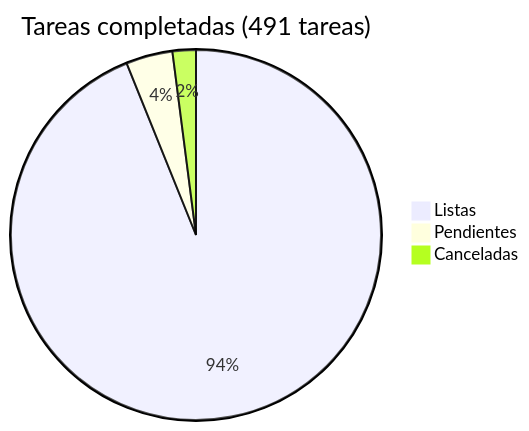
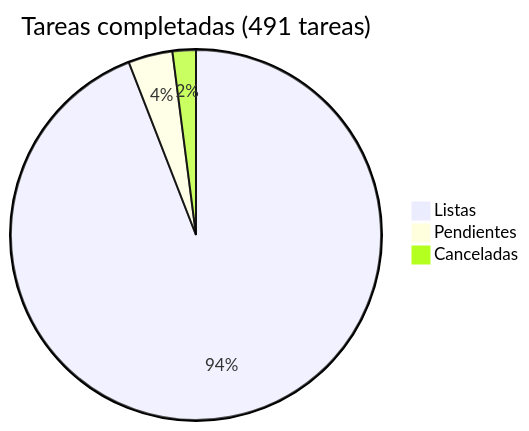
Before and after one commit to araguaney-lat/araguaney: the diagram in docs/roadmap/README.md, drawn with Mermaid. The commit also changed other lines of this file and 15 other files, not shown here.

````diff
--- a/docs/roadmap/README.md
+++ b/docs/roadmap/README.md
@@ -5,6 +5,6 @@
 ```mermaid
 pie title Tareas completadas (491 tareas)
-    "Listas" : 461
-    "Pendientes" : 20
+    "Listas" : 462
+    "Pendientes" : 19
     "Canceladas" : 10
 ```
````
